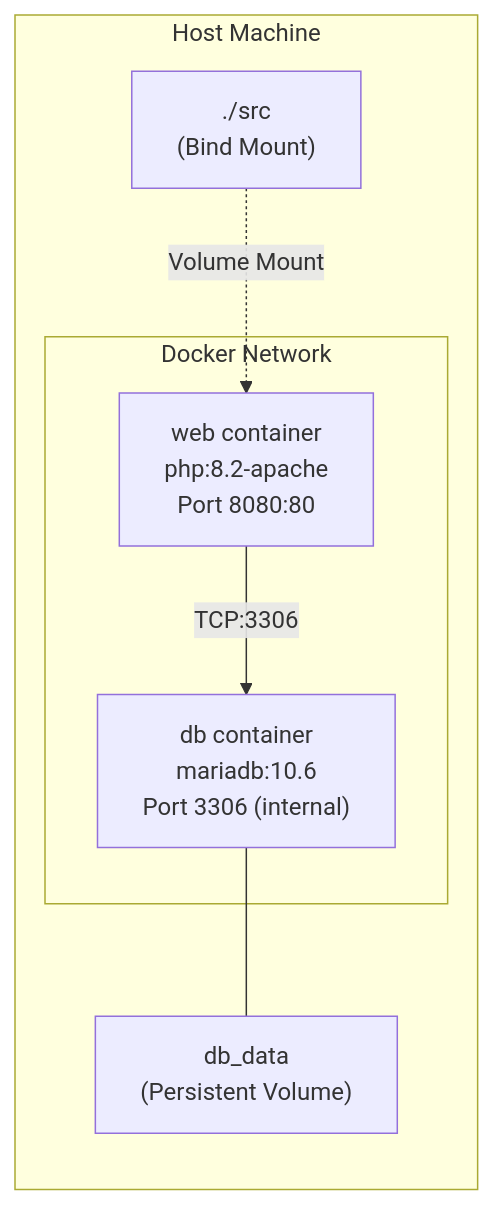
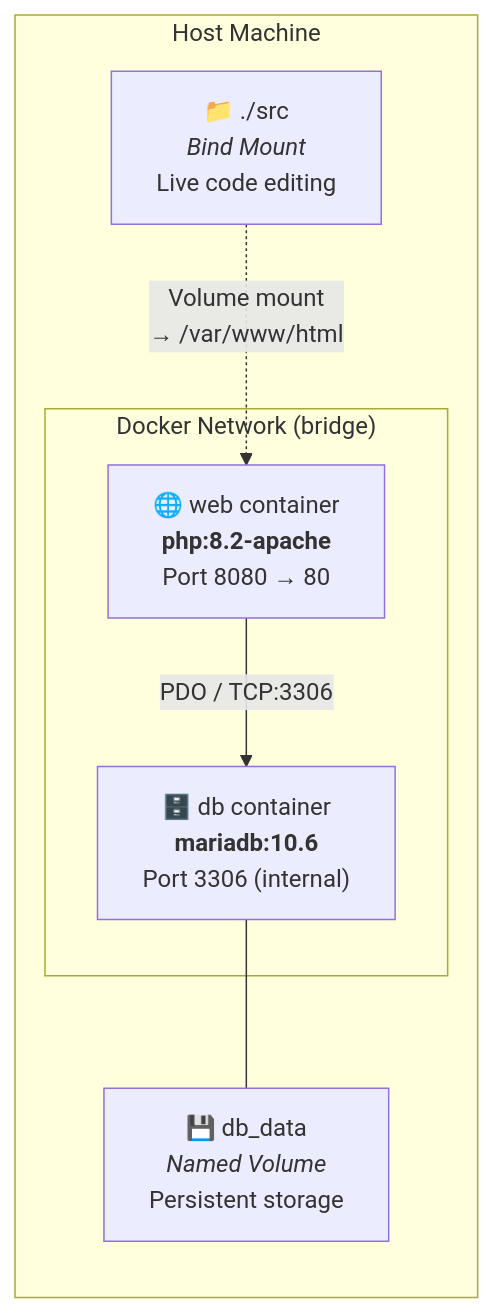
Before and after one commit to Silorak/S-printer: the fourth of 5 diagrams in architecture.md, drawn with Mermaid. The commit also changed other lines of this file, not shown here.

````diff
--- a/architecture.md
+++ b/architecture.md
@@ -412,15 +444,15 @@
 ```mermaid
 graph LR
-    subgraph "Host Machine"
-        subgraph "Docker Network"
-            Web["web container<br/>php:8.2-apache<br/>Port 8080:80"]
-            DB["db container<br/>mariadb:10.6<br/>Port 3306 (internal)"]
+    subgraph Host["Host Machine"]
+        subgraph DockerNet["Docker Network (bridge)"]
+            Web["🌐 web container<br/><b>php:8.2-apache</b><br/>Port 8080 → 80"]
+            DB["🗄️ db container<br/><b>mariadb:10.6</b><br/>Port 3306 (internal)"]
         end
-        Volume["db_data<br/>(Persistent Volume)"]
-        Src["./src<br/>(Bind Mount)"]
+        Volume["💾 db_data<br/><i>Named Volume</i><br/>Persistent storage"]
+        Src["📁 ./src<br/><i>Bind Mount</i><br/>Live code editing"]
     end
 
-    Web -->|"TCP:3306"| DB
+    Web -->|"PDO / TCP:3306"| DB
     DB --- Volume
-    Src -.->|"Volume Mount"| Web
+    Src -.->|"Volume mount<br/>→ /var/www/html"| Web
 ```
````
